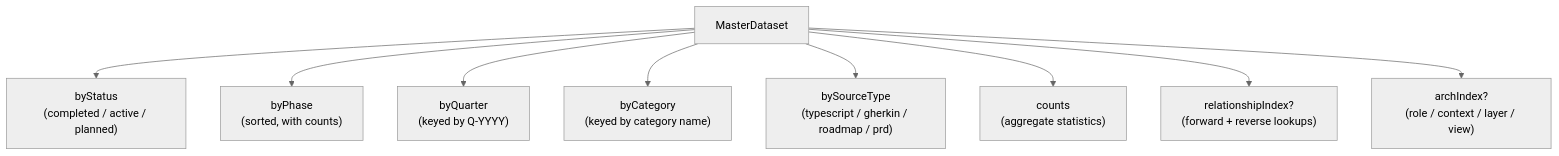
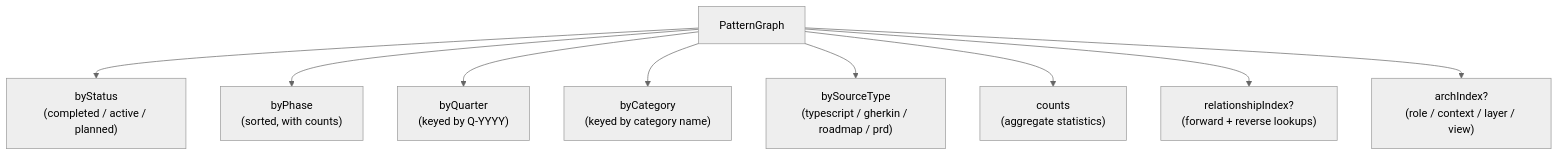
Before and after one commit to libar-dev/architect: the diagram in docs-live/reference/ARCHITECTURE-TYPES.md, drawn with Mermaid (neutral theme). The commit also changed other lines of this file and 278 other files, not shown here.

First line of the commit message:
refactor: rename MasterDataset → PatternGraph — ubiquitous language alignment

````diff
--- a/docs-live/reference/ARCHITECTURE-TYPES.md
+++ b/docs-live/reference/ARCHITECTURE-TYPES.md
@@ -426,12 +426,12 @@
 ```mermaid
 graph TB
-    MD[MasterDataset]
+    MD[PatternGraph]
     MD --> byStatus["byStatus<br/>(completed / active / planned)"]
     MD --> byPhase["byPhase<br/>(sorted, with counts)"]
     MD --> byQuarter["byQuarter<br/>(keyed by Q-YYYY)"]
     MD --> byCategory["byCategory<br/>(keyed by category name)"]
     MD --> bySourceType["bySourceType<br/>(typescript / gherkin / roadmap / prd)"]
     MD --> counts["counts<br/>(aggregate statistics)"]
     MD --> RI["relationshipIndex?<br/>(forward + reverse lookups)"]
     MD --> AI["archIndex?<br/>(role / context / layer / view)"]
 ```
````
